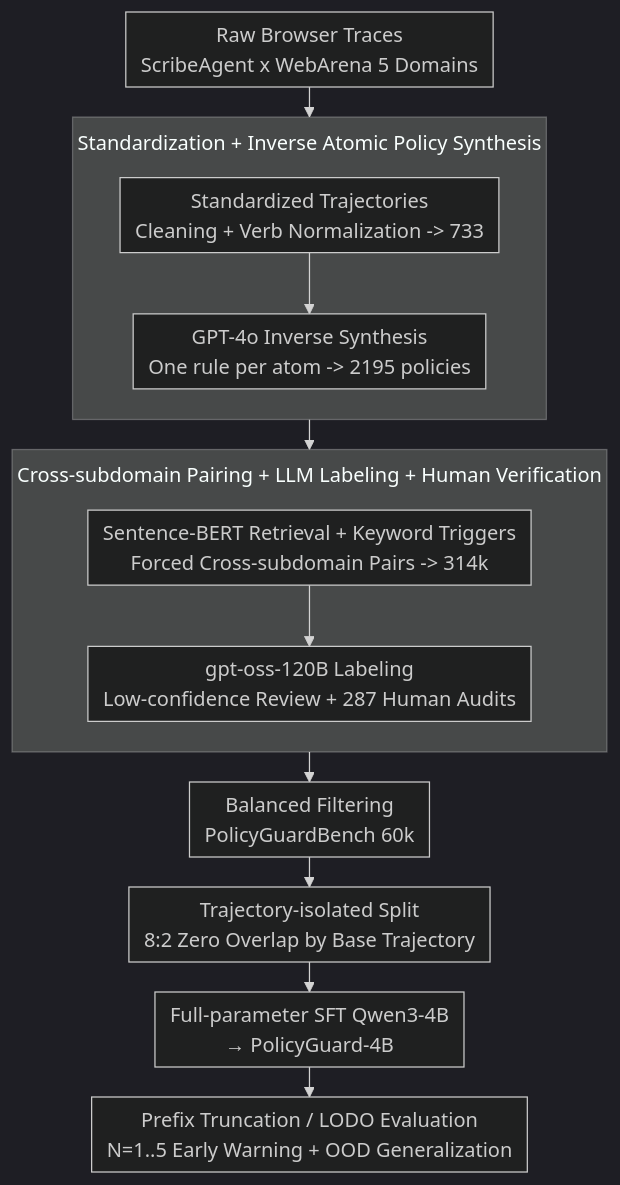
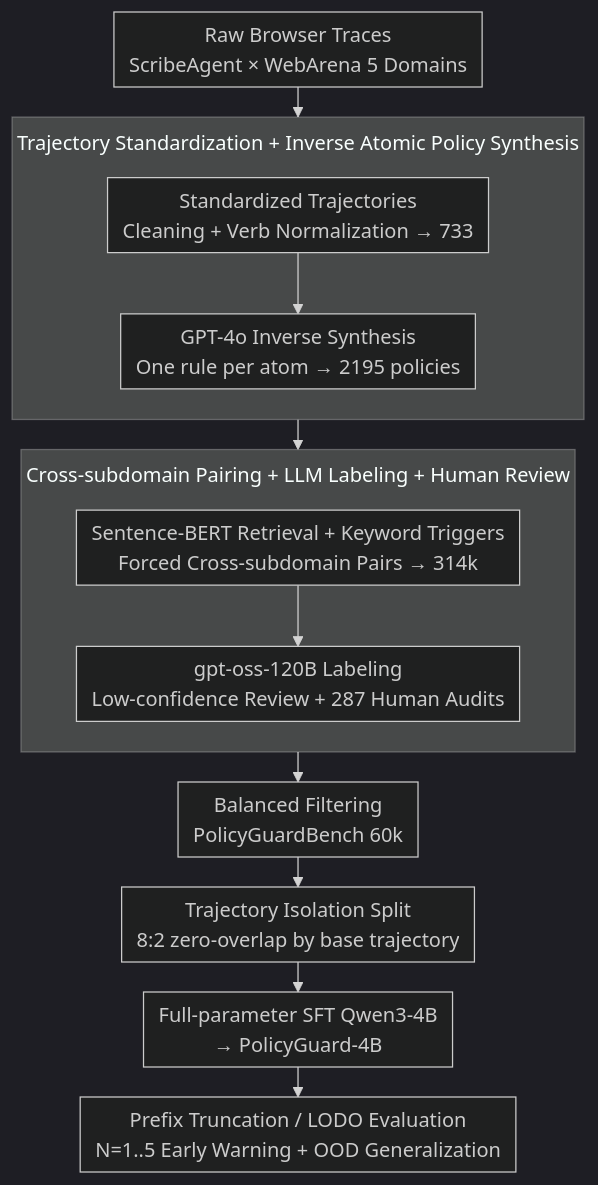
The diagram in docs/ICML2026/llm_agent/learning_efficient_guardrails_for_compliance.md (zhaoyang97/Paper-Notes-en), drawn with Mermaid (dark theme) before and after one commit. The commit also changed other lines of this file and 5084 other files, not shown here.

````diff
--- a/docs/ICML2026/llm_agent/learning_efficient_guardrails_for_compliance.md
+++ b/docs/ICML2026/llm_agent/learning_efficient_guardrails_for_compliance.md
@@ -43,18 +43,18 @@
 ```mermaid
 %%{init: {'flowchart': {'rankSpacing': 24, 'nodeSpacing': 28, 'padding': 6, 'wrappingWidth': 400, 'subGraphTitleMargin': {'top': 8, 'bottom': 16}}}}%%
 flowchart TD
-    A["Raw Browser Traces<br/>ScribeAgent x WebArena 5 Domains"] --> S1
-    subgraph S1["Standardization + Inverse Atomic Policy Synthesis"]
+    A["Raw Browser Traces<br/>ScribeAgent × WebArena 5 Domains"] --> S1
+    subgraph S1["Trajectory Standardization + Inverse Atomic Policy Synthesis"]
         direction TB
-        B["Standardized Trajectories<br/>Cleaning + Verb Normalization -> 733"] --> C["GPT-4o Inverse Synthesis<br/>One rule per atom -> 2195 policies"]
+        B["Standardized Trajectories<br/>Cleaning + Verb Normalization → 733"] --> C["GPT-4o Inverse Synthesis<br/>One rule per atom → 2195 policies"]
     end
     S1 --> S2
-    subgraph S2["Cross-subdomain Pairing + LLM Labeling + Human Verification"]
+    subgraph S2["Cross-subdomain Pairing + LLM Labeling + Human Review"]
         direction TB
-        D["Sentence-BERT Retrieval + Keyword Triggers<br/>Forced Cross-subdomain Pairs -> 314k"] --> E["gpt-oss-120B Labeling<br/>Low-confidence Review + 287 Human Audits"]
+        D["Sentence-BERT Retrieval + Keyword Triggers<br/>Forced Cross-subdomain Pairs → 314k"] --> E["gpt-oss-120B Labeling<br/>Low-confidence Review + 287 Human Audits"]
     end
     S2 --> F["Balanced Filtering<br/>PolicyGuardBench 60k"]
-    F --> G["Trajectory-isolated Split<br/>8:2 Zero Overlap by Base Trajectory"]
+    F --> G["Trajectory Isolation Split<br/>8:2 zero-overlap by base trajectory"]
     G --> H["Full-parameter SFT Qwen3-4B<br/>→ PolicyGuard-4B"]
     H --> I["Prefix Truncation / LODO Evaluation<br/>N=1..5 Early Warning + OOD Generalization"]
 ```
````
